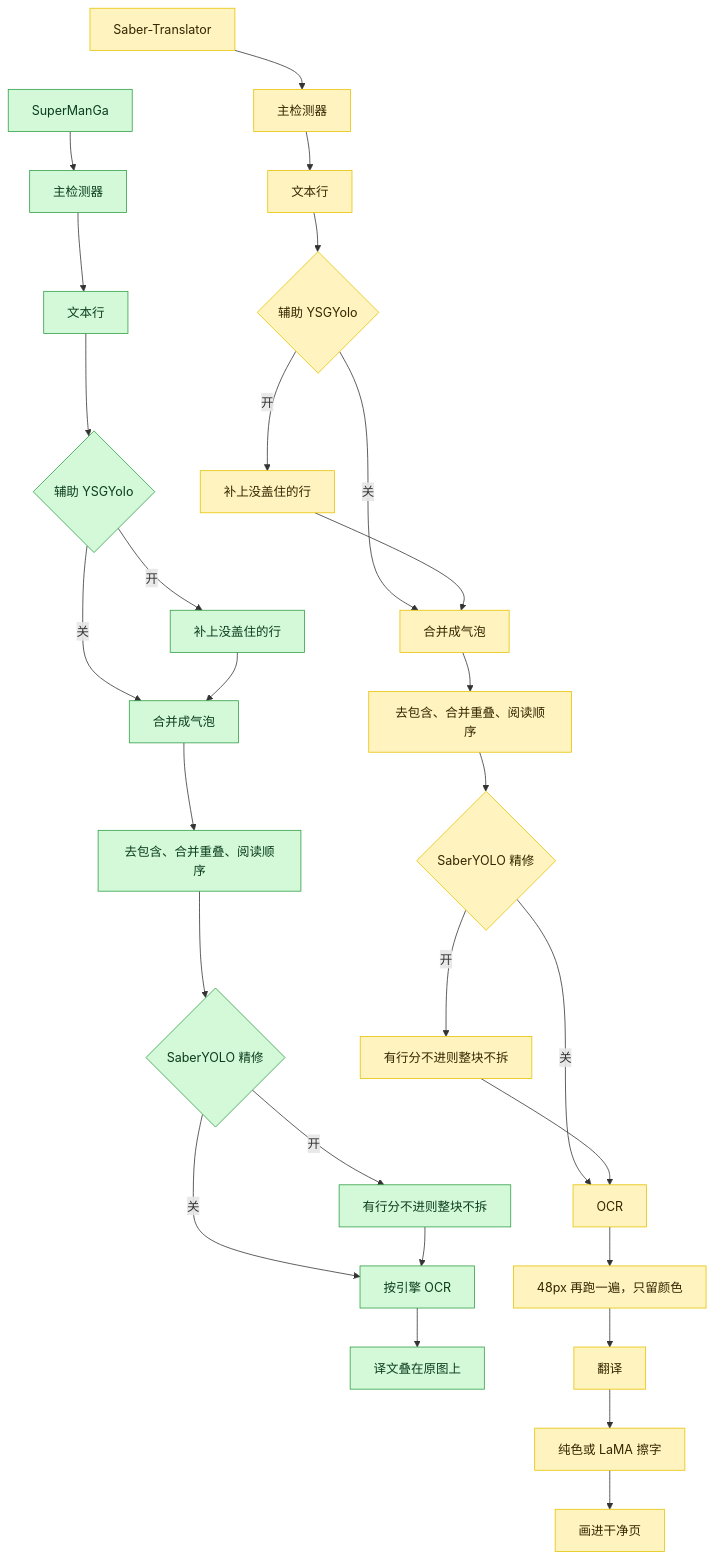
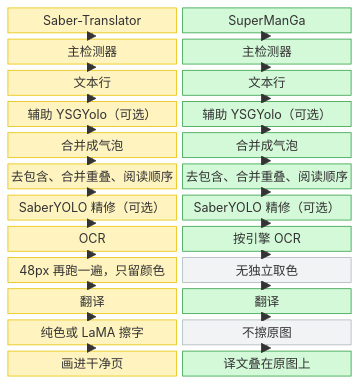
The seventh of 7 diagrams in docs/DOCS_zh.md (ssnangua/SuperManGa), drawn with Mermaid before and after one commit. The commit also changed 1 other file, not shown here.

````diff
--- a/docs/DOCS_zh.md
+++ b/docs/DOCS_zh.md
@@ -610,44 +610,44 @@
 ```mermaid
-flowchart TB
-  sTitle[Saber-Translator] ~~~ mTitle[SuperManGa]
-  sTitle --> sDet[主检测器]
-  mTitle --> mDet[主检测器]
-  sDet ~~~ mDet
-  sDet --> sLines[文本行]
-  mDet --> mLines[文本行]
-  sLines ~~~ mLines
-  sLines --> sAux{辅助 YSGYolo}
-  mLines --> mAux{辅助 YSGYolo}
-  sAux ~~~ mAux
-  sAux -->|开| sExtra[补上没盖住的行]
-  mAux -->|开| mExtra[补上没盖住的行]
-  sExtra ~~~ mExtra
-  sAux -->|关| sMerge[合并成气泡]
-  sExtra --> sMerge
-  mAux -->|关| mMerge[合并成气泡]
-  mExtra --> mMerge
-  sMerge ~~~ mMerge
-  sMerge --> sPost[去包含、合并重叠、阅读顺序]
-  mMerge --> mPost[去包含、合并重叠、阅读顺序]
-  sPost ~~~ mPost
-  sPost --> sRef{SaberYOLO 精修}
-  mPost --> mRef{SaberYOLO 精修}
-  sRef ~~~ mRef
-  sRef -->|开| sSplit[有行分不进则整块不拆]
-  mRef -->|开| mSplit[有行分不进则整块不拆]
-  sSplit ~~~ mSplit
-  sRef -->|关| sOcr[OCR]
-  sSplit --> sOcr
-  mRef -->|关| mOcr[按引擎 OCR]
-  mSplit --> mOcr
-  sOcr ~~~ mOcr
-  sOcr --> sColor[48px 再跑一遍，只留颜色]
-  mOcr --> mOut[译文叠在原图上]
-  sColor --> sTr[翻译]
-  sTr --> sRepair[纯色或 LaMA 擦字]
-  sRepair --> sOut[画进干净页]
+block-beta
+  columns 2
+  s0["Saber-Translator"] m0["SuperManGa"]
+  s1["主检测器"] m1["主检测器"]
+  s2["文本行"] m2["文本行"]
+  s3["辅助 YSGYolo（可选）"] m3["辅助 YSGYolo（可选）"]
+  s4["合并成气泡"] m4["合并成气泡"]
+  s5["去包含、合并重叠、阅读顺序"] m5["去包含、合并重叠、阅读顺序"]
+  s6["SaberYOLO 精修（可选）"] m6["SaberYOLO 精修（可选）"]
+  s7["OCR"] m7["按引擎 OCR"]
+  s8["48px 再跑一遍，只留颜色"] m8["无独立取色"]
+  s9["翻译"] m9["翻译"]
+  s10["纯色或 LaMA 擦字"] m10["不擦原图"]
+  s11["画进干净页"] m11["译文叠在原图上"]
+  s0 --> s1
+  s1 --> s2
+  s2 --> s3
+  s3 --> s4
+  s4 --> s5
+  s5 --> s6
+  s6 --> s7
+  s7 --> s8
+  s8 --> s9
+  s9 --> s10
+  s10 --> s11
+  m0 --> m1
+  m1 --> m2
+  m2 --> m3
+  m3 --> m4
+  m4 --> m5
+  m5 --> m6
+  m6 --> m7
+  m7 --> m8
+  m8 --> m9
+  m9 --> m10
+  m10 --> m11
   classDef saber fill:#fff3bf,stroke:#e6c200,color:#332701
   classDef smg fill:#d3f9d8,stroke:#2f9e44,color:#0b3d1e
-  class sTitle,sDet,sLines,sAux,sExtra,sMerge,sPost,sRef,sSplit,sOcr,sColor,sTr,sRepair,sOut saber
-  class mTitle,mDet,mLines,mAux,mExtra,mMerge,mPost,mRef,mSplit,mOcr,mOut smg
+  classDef gap fill:#f1f3f5,stroke:#adb5bd,color:#495057
+  class s0,s1,s2,s3,s4,s5,s6,s7,s8,s9,s10,s11 saber
+  class m0,m1,m2,m3,m4,m5,m6,m7,m9,m11 smg
+  class m8,m10 gap
 ```
````
